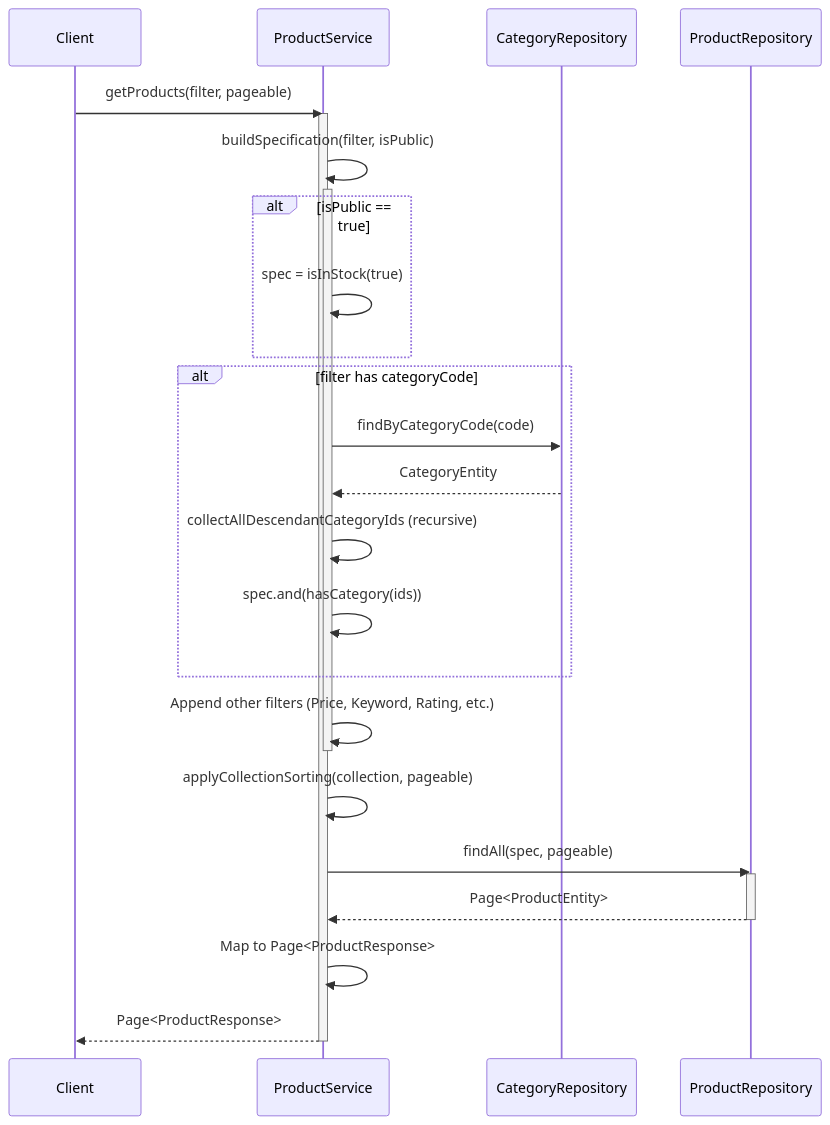
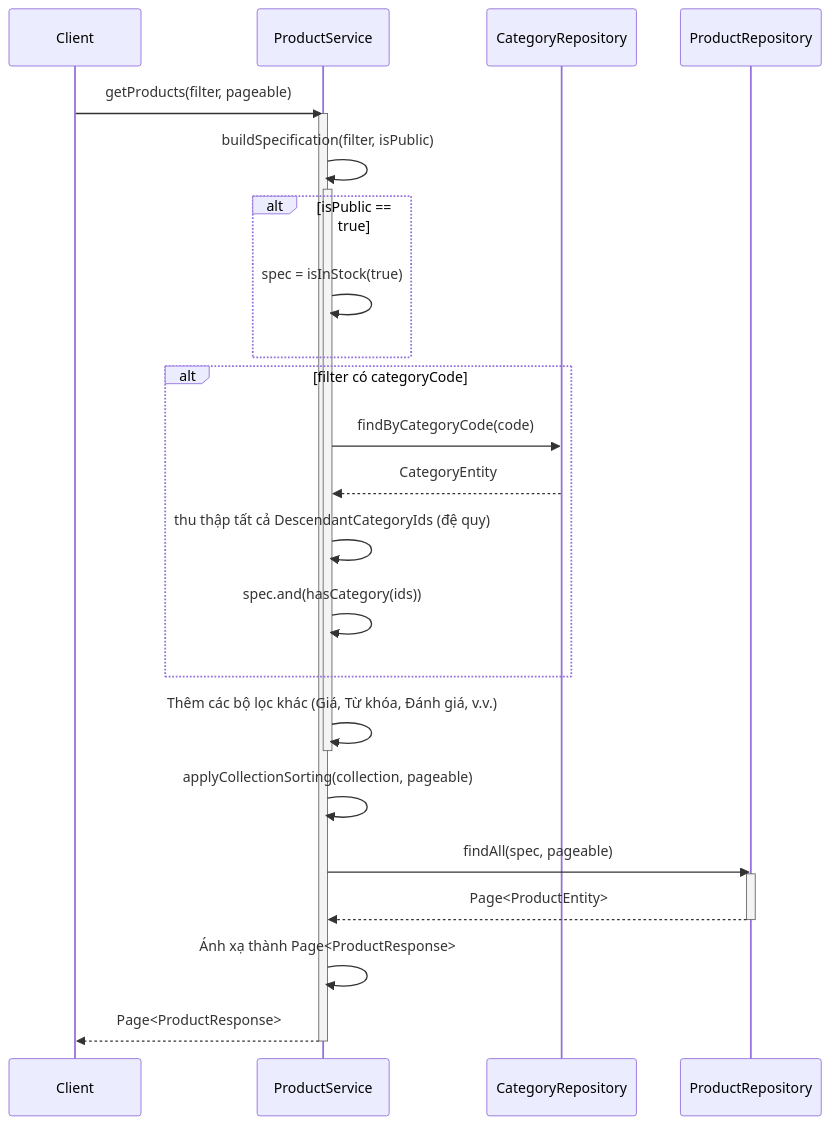
One commit to aquoc09/easymall changed the third of 4 diagrams in .agent/sequence/product_service_sequence_diagrams.md. Above: the diagram before and after it, drawn with Mermaid. The commit also changed other lines of this file and 18 other files, not shown here.

Commit message:
UPDATE: Sequence diagram vietnamese

````diff
--- a/.agent/sequence/product_service_sequence_diagrams.md
+++ b/.agent/sequence/product_service_sequence_diagrams.md
@@ -107,39 +107,39 @@
 ```mermaid
 sequenceDiagram
     participant Client
     participant ProductService
     participant CategoryRepository
     participant ProductRepository
 
     Client->>ProductService: getProducts(filter, pageable)
     activate ProductService
 
     ProductService->>ProductService: buildSpecification(filter, isPublic)
     activate ProductService
     
     alt isPublic == true
         ProductService->>ProductService: spec = isInStock(true)
     end
     
-    alt filter has categoryCode
+    alt filter có categoryCode
         ProductService->>CategoryRepository: findByCategoryCode(code)
         CategoryRepository-->>ProductService: CategoryEntity
-        ProductService->>ProductService: collectAllDescendantCategoryIds (recursive)
+        ProductService->>ProductService: thu thập tất cả DescendantCategoryIds (đệ quy)
         ProductService->>ProductService: spec.and(hasCategory(ids))
     end
     
-    ProductService->>ProductService: Append other filters (Price, Keyword, Rating, etc.)
+    ProductService->>ProductService: Thêm các bộ lọc khác (Giá, Từ khóa, Đánh giá, v.v.)
     deactivate ProductService
 
     ProductService->>ProductService: applyCollectionSorting(collection, pageable)
 
     ProductService->>ProductRepository: findAll(spec, pageable)
     activate ProductRepository
     ProductRepository-->>ProductService: Page<ProductEntity>
     deactivate ProductRepository
 
-    ProductService->>ProductService: Map to Page<ProductResponse>
+    ProductService->>ProductService: Ánh xạ thành Page<ProductResponse>
     
     ProductService-->>Client: Page<ProductResponse>
     deactivate ProductService
 ```
````
